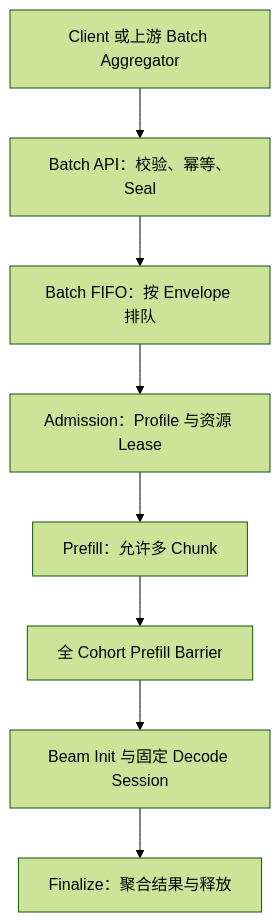
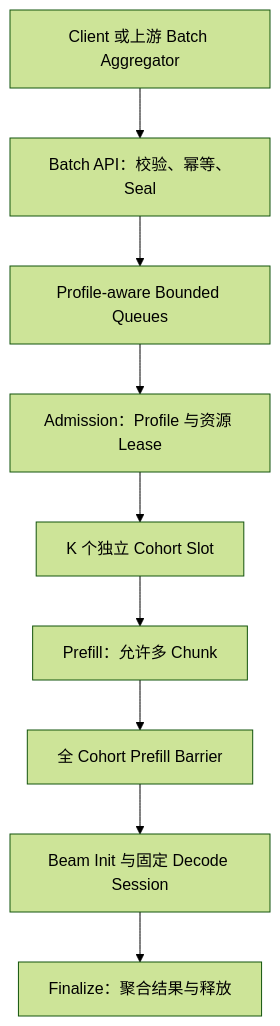
The fifth of 10 diagrams in GR/nearline_batch_scheduler_and_input_protocol_design.md (zhanghanleo10/gr-related), drawn with Mermaid (forest theme) before and after one commit. The commit also changed other lines of this file, not shown here.

````diff
--- a/GR/nearline_batch_scheduler_and_input_protocol_design.md
+++ b/GR/nearline_batch_scheduler_and_input_protocol_design.md
@@ -444,10 +480,11 @@
 ```mermaid
 flowchart TD
     C["Client 或上游 Batch Aggregator"] --> V["Batch API：校验、幂等、Seal"]
-    V --> Q["Batch FIFO：按 Envelope 排队"]
+    V --> Q["Profile-aware Bounded Queues"]
     Q --> A["Admission：Profile 与资源 Lease"]
-    A --> P["Prefill：允许多 Chunk"]
+    A --> S["K 个独立 Cohort Slot"]
+    S --> P["Prefill：允许多 Chunk"]
     P --> R["全 Cohort Prefill Barrier"]
     R --> D["Beam Init 与固定 Decode Session"]
     D --> F["Finalize：聚合结果与释放"]
 ```
````
